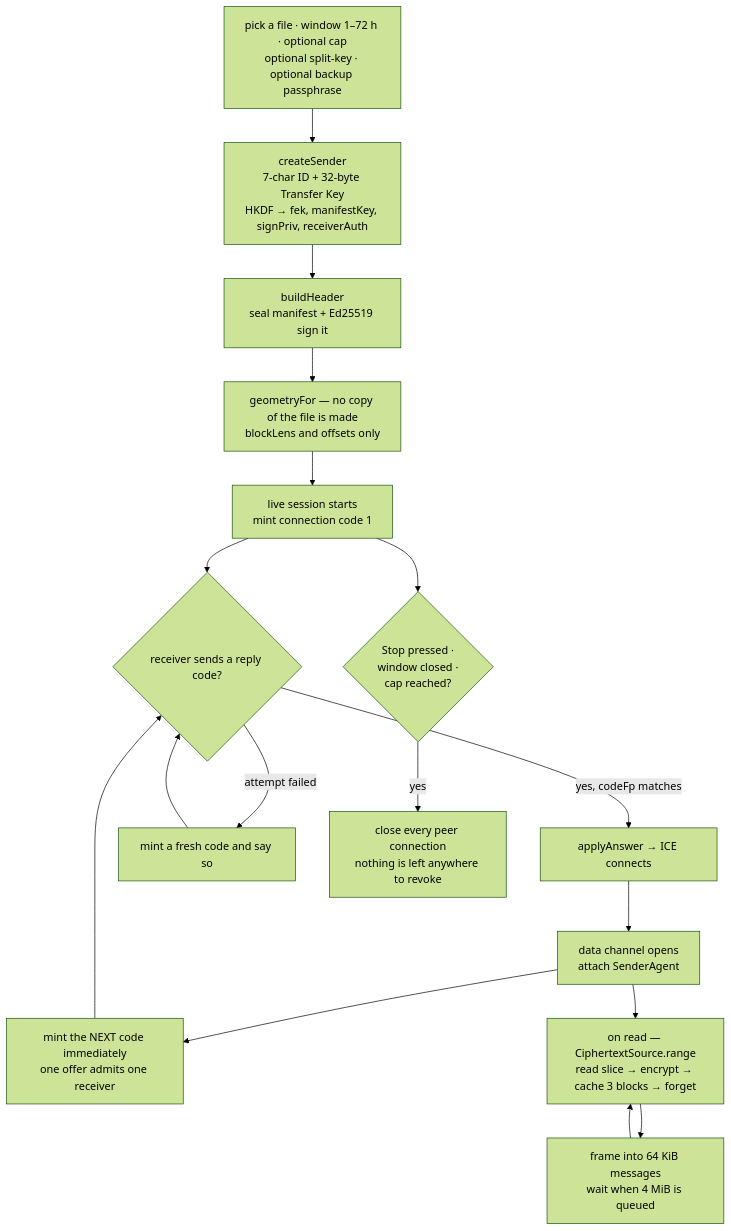
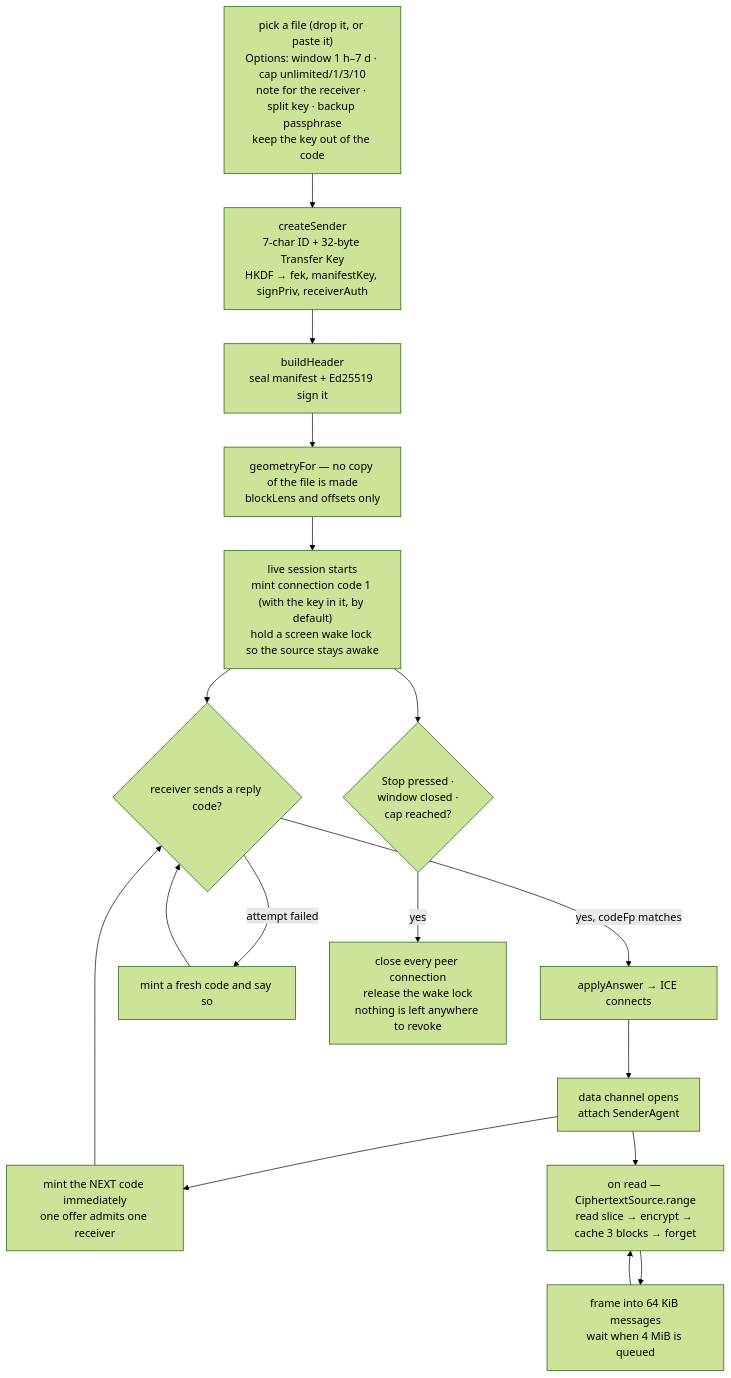
Before and after one commit to hackersfun369/streamer: the third of 8 diagrams in docs/DIAGRAMS.md, drawn with Mermaid (forest theme). The commit also changed other lines of this file and 18 other files, not shown here.

First line of the commit message:
Redesign the UI around one code, with the key inside it

````diff
--- a/docs/DIAGRAMS.md
+++ b/docs/DIAGRAMS.md
@@ -108,19 +111,19 @@
 ```mermaid
 flowchart TD
-    A["pick a file · window 1–72 h · optional cap<br/>optional split-key · optional backup passphrase"] --> B["createSender<br/>7-char ID + 32-byte Transfer Key<br/>HKDF → fek, manifestKey, signPriv, receiverAuth"]
+    A["pick a file (drop it, or paste it)<br/>Options: window 1 h–7 d · cap unlimited/1/3/10<br/>note for the receiver · split key · backup passphrase<br/>keep the key out of the code"] --> B["createSender<br/>7-char ID + 32-byte Transfer Key<br/>HKDF → fek, manifestKey, signPriv, receiverAuth"]
     B --> C["buildHeader<br/>seal manifest + Ed25519 sign it"]
     C --> D["geometryFor — no copy of the file is made<br/>blockLens and offsets only"]
-    D --> E["live session starts<br/>mint connection code 1"]
+    D --> E["live session starts<br/>mint connection code 1 (with the key in it, by default)<br/>hold a screen wake lock so the source stays awake"]
     E --> F{"receiver sends a reply code?"}
     F -->|"yes, codeFp matches"| G["applyAnswer → ICE connects"]
     G --> H["data channel opens<br/>attach SenderAgent"]
     H --> I["mint the NEXT code immediately<br/>one offer admits one receiver"]
     I --> F
     H --> J["on read — CiphertextSource.range<br/>read slice → encrypt → cache 3 blocks → forget"]
     J --> K["frame into 64 KiB messages<br/>wait when 4 MiB is queued"]
     K --> J
     F -->|"attempt failed"| L["mint a fresh code and say so"]
     L --> F
     E --> M{"Stop pressed ·<br/>window closed ·<br/>cap reached?"}
-    M -->|"yes"| N["close every peer connection<br/>nothing is left anywhere to revoke"]
+    M -->|"yes"| N["close every peer connection<br/>release the wake lock<br/>nothing is left anywhere to revoke"]
 ```
````
